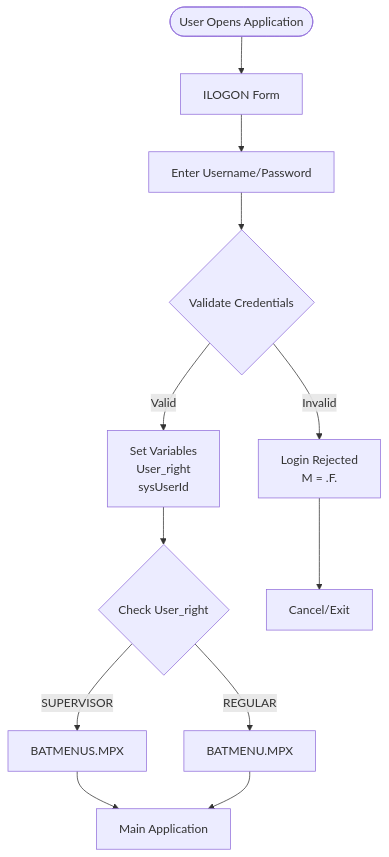
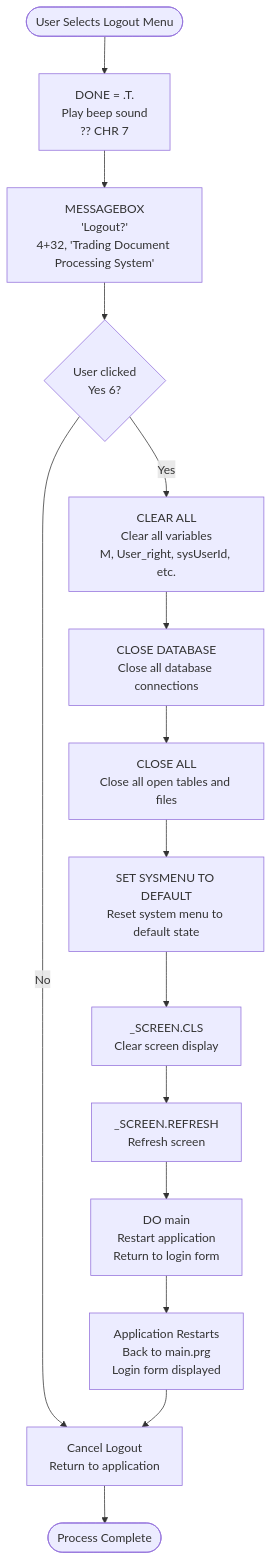
Before and after one commit to mike2311/baitin: the second of 3 diagrams in docs/08-security/authentication.md, drawn with Mermaid. The commit also changed other lines of this file and 13 other files, not shown here.

````diff
--- a/docs/08-security/authentication.md
+++ b/docs/08-security/authentication.md
@@ -24,14 +72,20 @@
 ```mermaid
-graph TD
-    Start([User Opens Application]) --> LoginForm[ILOGON Form]
-    LoginForm --> EnterCreds[Enter Username/Password]
-    EnterCreds --> Validate{Validate Credentials}
-    Validate -->|Invalid| Reject[Login Rejected<br/>M = .F.]
-    Validate -->|Valid| SetVars[Set Variables<br/>User_right<br/>sysUserId]
-    SetVars --> CheckRole{Check User_right}
-    CheckRole -->|SUPERVISOR| LoadSupervisor[BATMENUS.MPX]
-    CheckRole -->|REGULAR| LoadRegular[BATMENU.MPX]
-    LoadSupervisor --> MainApp[Main Application]
-    LoadRegular --> MainApp
-    Reject --> Cancel[Cancel/Exit]
+flowchart TD
+    Start([User Selects Logout Menu]) --> SetDone[DONE = .T.<br/>Play beep sound<br/>?? CHR 7]
+    SetDone --> ShowConfirm[MESSAGEBOX<br/>'Logout?'<br/>4+32, 'Trading Document Processing System']
+    ShowConfirm --> UserConfirm{User clicked<br/>Yes 6?}
+    
+    UserConfirm -->|No| EndLogout[Cancel Logout<br/>Return to application]
+    UserConfirm -->|Yes| ClearAllVars[CLEAR ALL<br/>Clear all variables<br/>M, User_right, sysUserId, etc.]
+    
+    ClearAllVars --> CloseDatabase[CLOSE DATABASE<br/>Close all database connections]
+    CloseDatabase --> CloseAllFiles[CLOSE ALL<br/>Close all open tables and files]
+    CloseAllFiles --> ResetSysMenu[SET SYSMENU TO DEFAULT<br/>Reset system menu to default state]
+    ResetSysMenu --> ClearScreen[_SCREEN.CLS<br/>Clear screen display]
+    ClearScreen --> RefreshScreen[_SCREEN.REFRESH<br/>Refresh screen]
+    RefreshScreen --> DoMain[DO main<br/>Restart application<br/>Return to login form]
+    DoMain --> RestartApp[Application Restarts<br/>Back to main.prg<br/>Login form displayed]
+    RestartApp --> EndLogout
+    
+    EndLogout --> End([Process Complete])
 ```
````
